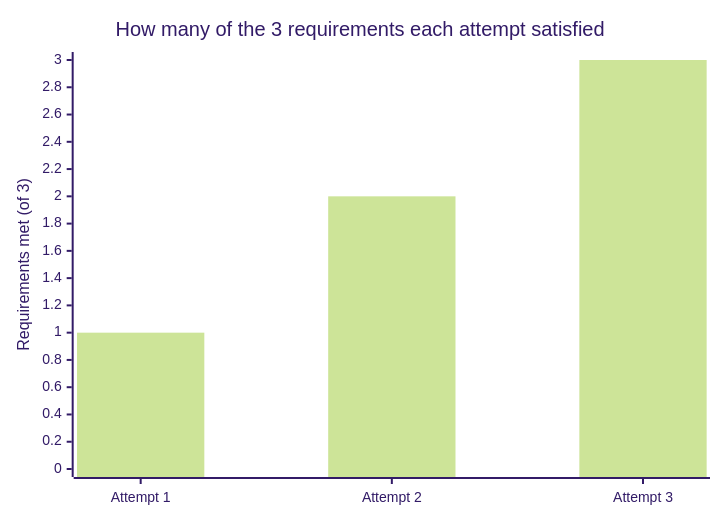
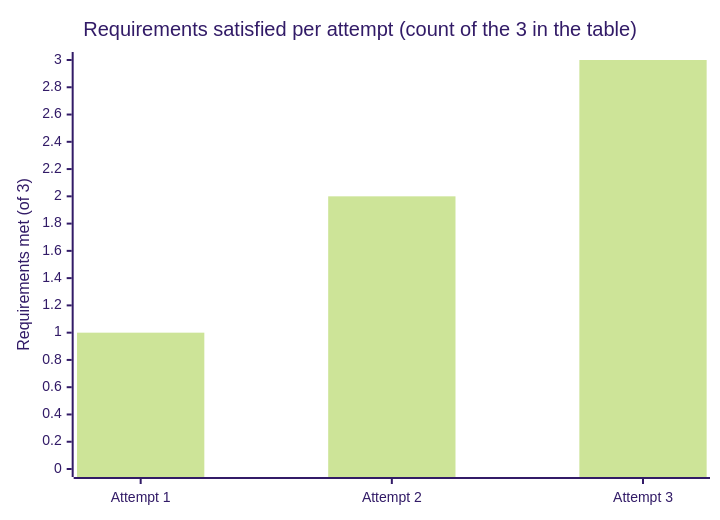
The diagram in src/content/corporate-politics/power-real-resource/L3-deep-dive.mdx (francoandreDev/knowledge), drawn with Mermaid (forest theme) before and after one commit. The commit also changed other lines of this file and 3 other files, not shown here.

````diff
--- a/src/content/corporate-politics/power-real-resource/L3-deep-dive.mdx
+++ b/src/content/corporate-politics/power-real-resource/L3-deep-dive.mdx
@@ -72,7 +82,7 @@
 ```mermaid
 xychart-beta
-    title "How many of the 3 requirements each attempt satisfied"
+    title "Requirements satisfied per attempt (count of the 3 in the table)"
     x-axis ["Attempt 1", "Attempt 2", "Attempt 3"]
     y-axis "Requirements met (of 3)" 0 --> 3
     bar [1, 2, 3]
 ```
````
